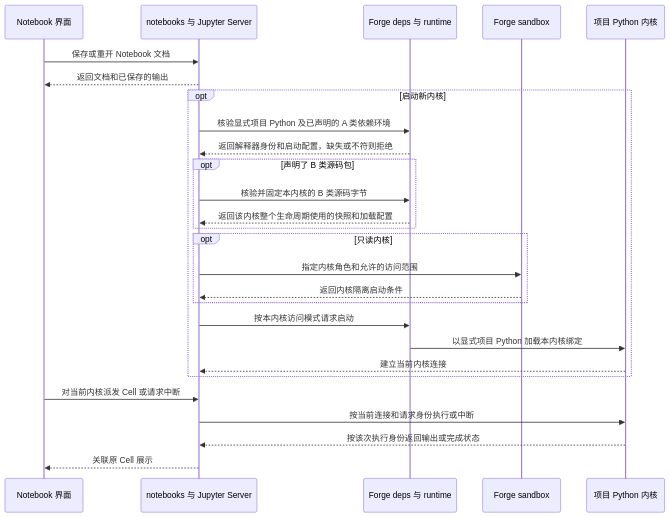
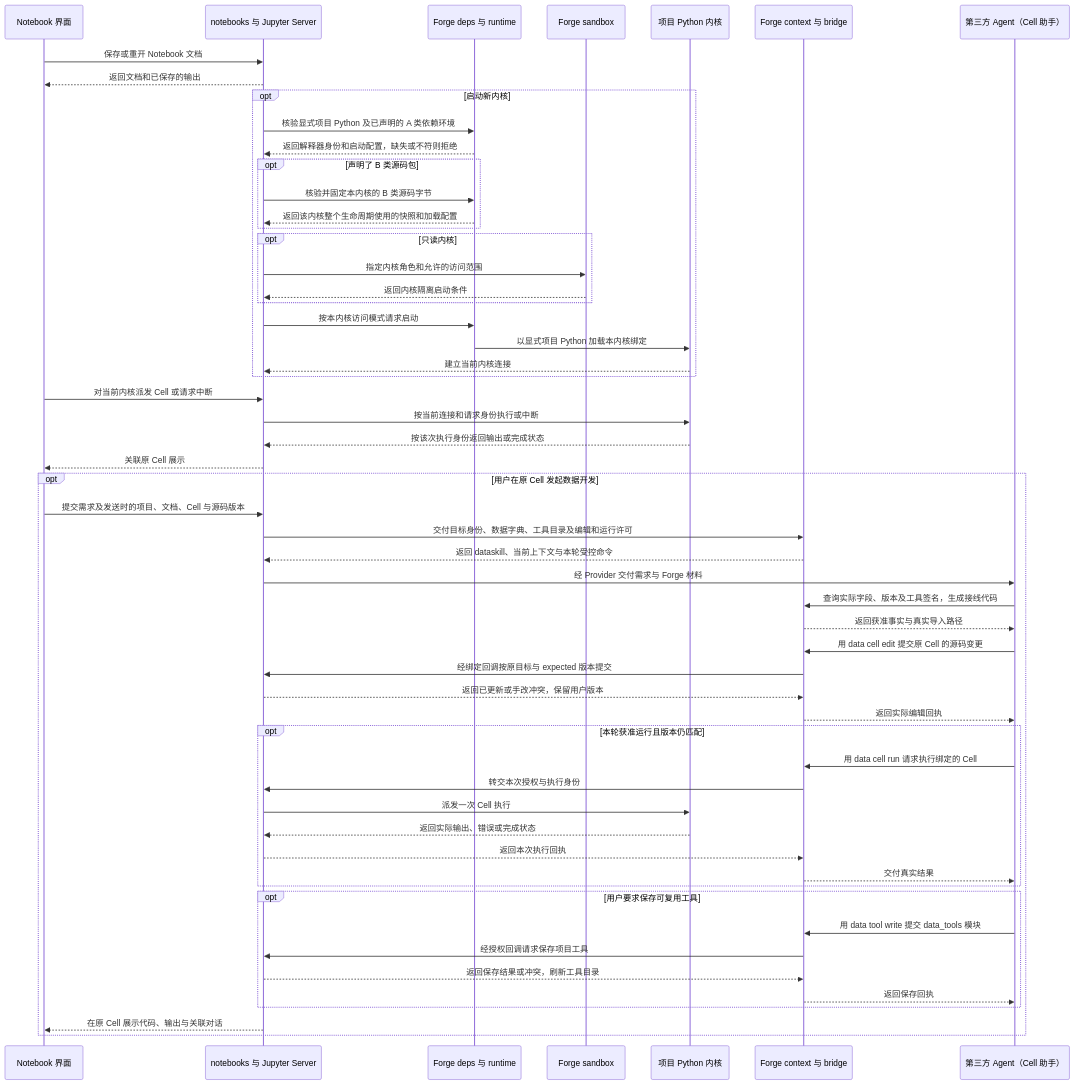
One commit to vincent9299/demiflow changed the tenth of 14 diagrams in docs/demiflow-architecture.md. Above: the diagram before and after it, drawn with Mermaid. The commit also changed other lines of this file, not shown here.

Commit message:
Clarify architecture boundaries from confirmed development intent

````diff
--- a/docs/demiflow-architecture.md
+++ b/docs/demiflow-architecture.md
@@ -372,29 +386,58 @@
 ```mermaid
 sequenceDiagram
     participant U as Notebook 界面
     participant N as notebooks 与 Jupyter Server
     participant R as Forge deps 与 runtime
     participant S as Forge sandbox
     participant K as 项目 Python 内核
+    participant F as Forge context 与 bridge
+    participant A as 第三方 Agent（Cell 助手）
     U->>N: 保存或重开 Notebook 文档
     N-->>U: 返回文档和已保存的输出
     opt 启动新内核
         N->>R: 核验显式项目 Python 及已声明的 A 类依赖环境
         R-->>N: 返回解释器身份和启动配置，缺失或不符则拒绝
         opt 声明了 B 类源码包
             N->>R: 核验并固定本内核的 B 类源码字节
             R-->>N: 返回该内核整个生命周期使用的快照和加载配置
         end
         opt 只读内核
             N->>S: 指定内核角色和允许的访问范围
             S-->>N: 返回内核隔离启动条件
         end
         N->>R: 按本内核访问模式请求启动
         R->>K: 以显式项目 Python 加载本内核绑定
         K-->>N: 建立当前内核连接
     end
     U->>N: 对当前内核派发 Cell 或请求中断
     N->>K: 按当前连接和请求身份执行或中断
     K-->>N: 按该次执行身份返回输出或完成状态
     N-->>U: 关联原 Cell 展示
+    opt 用户在原 Cell 发起数据开发
+        U->>N: 提交需求及发送时的项目、文档、Cell 与源码版本
+        N->>F: 交付目标身份、数据字典、工具目录及编辑和运行许可
+        F-->>N: 返回 dataskill、当前上下文与本轮受控命令
+        N->>A: 经 Provider 交付需求与 Forge 材料
+        A->>F: 查询实际字段、版本及工具签名，生成接线代码
+        F-->>A: 返回获准事实与真实导入路径
+        A->>F: 用 data cell edit 提交原 Cell 的源码变更
+        F->>N: 经绑定回调按原目标与 expected 版本提交
+        N-->>F: 返回已更新或手改冲突，保留用户版本
+        F-->>A: 返回实际编辑回执
+        opt 本轮获准运行且版本仍匹配
+            A->>F: 用 data cell run 请求执行绑定的 Cell
+            F->>N: 转交本次授权与执行身份
+            N->>K: 派发一次 Cell 执行
+            K-->>N: 返回实际输出、错误或完成状态
+            N-->>F: 返回本次执行回执
+            F-->>A: 交付真实结果
+        end
+        opt 用户要求保存可复用工具
+            A->>F: 用 data tool write 提交 data_tools 模块
+            F->>N: 经授权回调请求保存项目工具
+            N-->>F: 返回保存结果或冲突，刷新工具目录
+            F-->>A: 返回保存回执
+        end
+        N-->>U: 在原 Cell 展示代码、输出与关联对话
+    end
 ```
````
